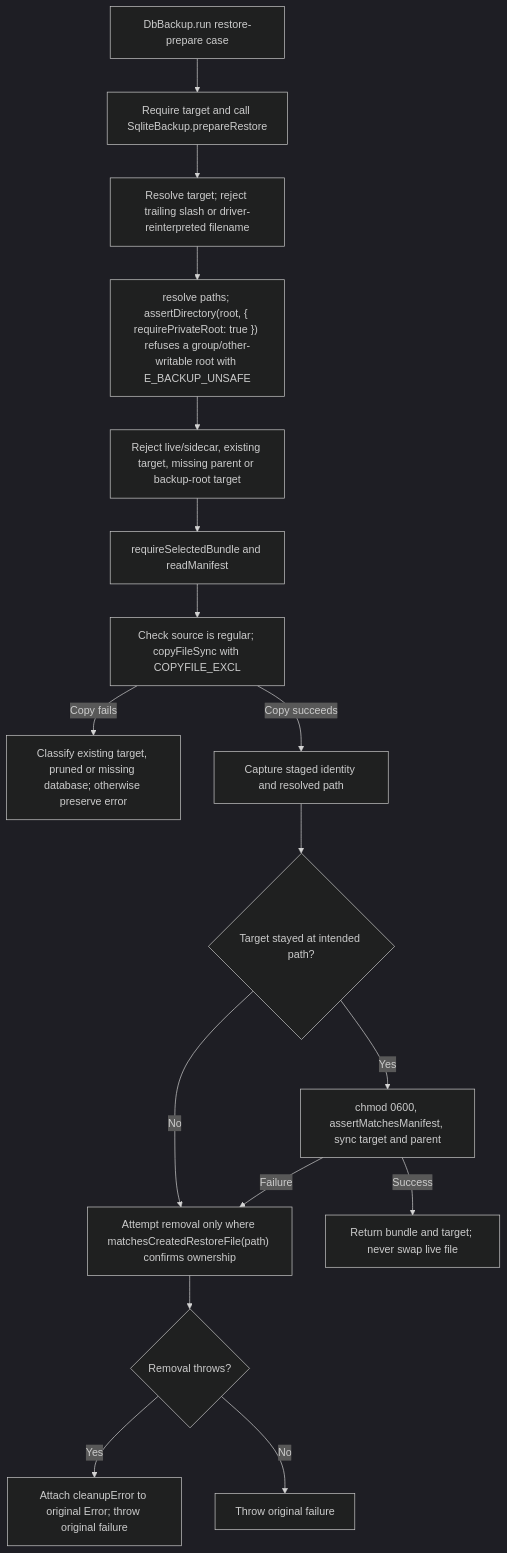
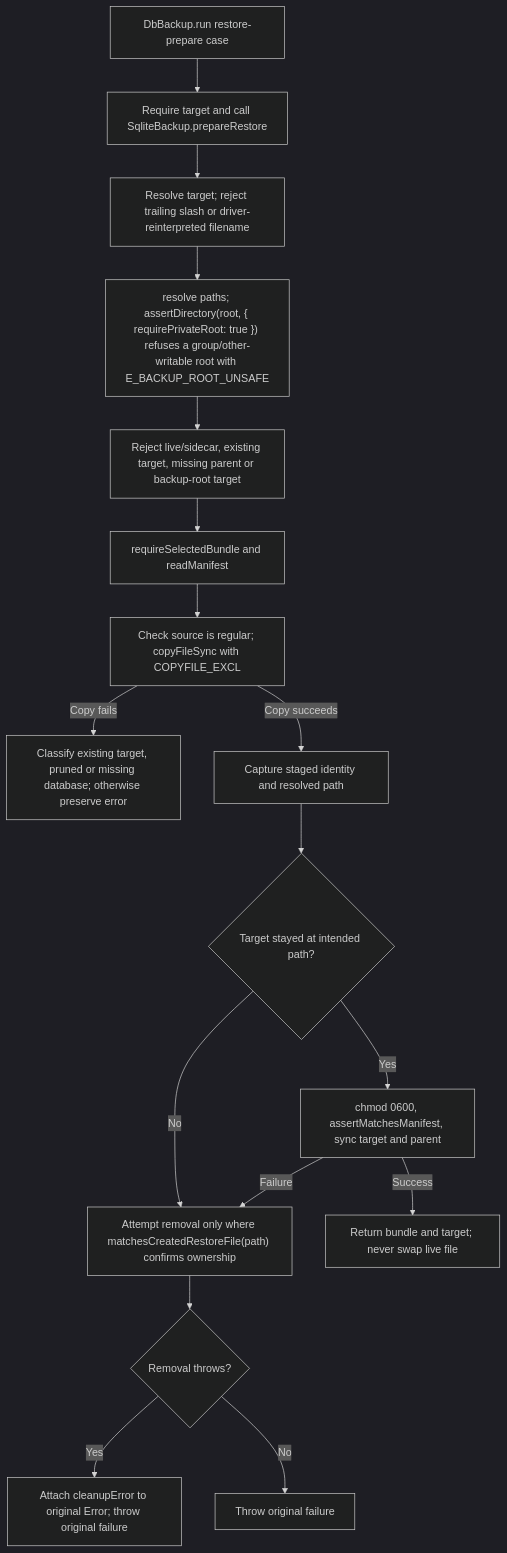
The second of 2 diagrams in user-stories/prepare-restore/us-op-04-prepare-restore.md (Kevinjohn/oss-adonisjs-sqlite-backup), drawn with Mermaid (dark theme) before and after one commit. The commit also changed other lines of this file and 35 other files, not shown here.

````diff
--- a/user-stories/prepare-restore/us-op-04-prepare-restore.md
+++ b/user-stories/prepare-restore/us-op-04-prepare-restore.md
@@ -52,19 +52,19 @@
 ```mermaid
 flowchart TD
     A["DbBackup.run restore-prepare case"] --> B["Require target and call SqliteBackup.prepareRestore"]
     B --> B1["Resolve target; reject trailing slash or driver-reinterpreted filename"]
-    B1 --> C["resolve paths; assertDirectory(root, { requirePrivateRoot: true }) refuses a group/other-writable root with E_BACKUP_UNSAFE"]
+    B1 --> C["resolve paths; assertDirectory(root, { requirePrivateRoot: true }) refuses a group/other-writable root with E_BACKUP_ROOT_UNSAFE"]
     C --> D["Reject live/sidecar, existing target, missing parent or backup-root target"]
     D --> E["requireSelectedBundle and readManifest"]
     E --> F["Check source is regular; copyFileSync with COPYFILE_EXCL"]
     F -->|Copy fails| X["Classify existing target, pruned or missing database; otherwise preserve error"]
     F -->|Copy succeeds| G1["Capture staged identity and resolved path"]
     G1 --> H{"Target stayed at intended path?"}
     H -->|No| I["Attempt removal only where matchesCreatedRestoreFile(path) confirms ownership"]
     I --> K{"Removal throws?"}
     K -->|Yes| L["Attach cleanupError to original Error; throw original failure"]
     K -->|No| M["Throw original failure"]
     H -->|Yes| G["chmod 0600, assertMatchesManifest, sync target and parent"]
     G -->|Failure| I
     G -->|Success| J["Return bundle and target; never swap live file"]
 ```
````
